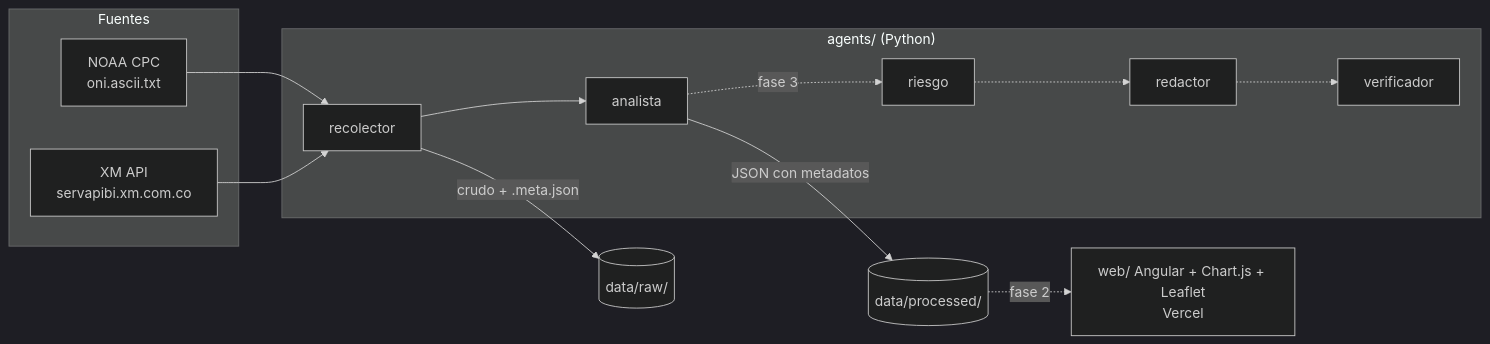
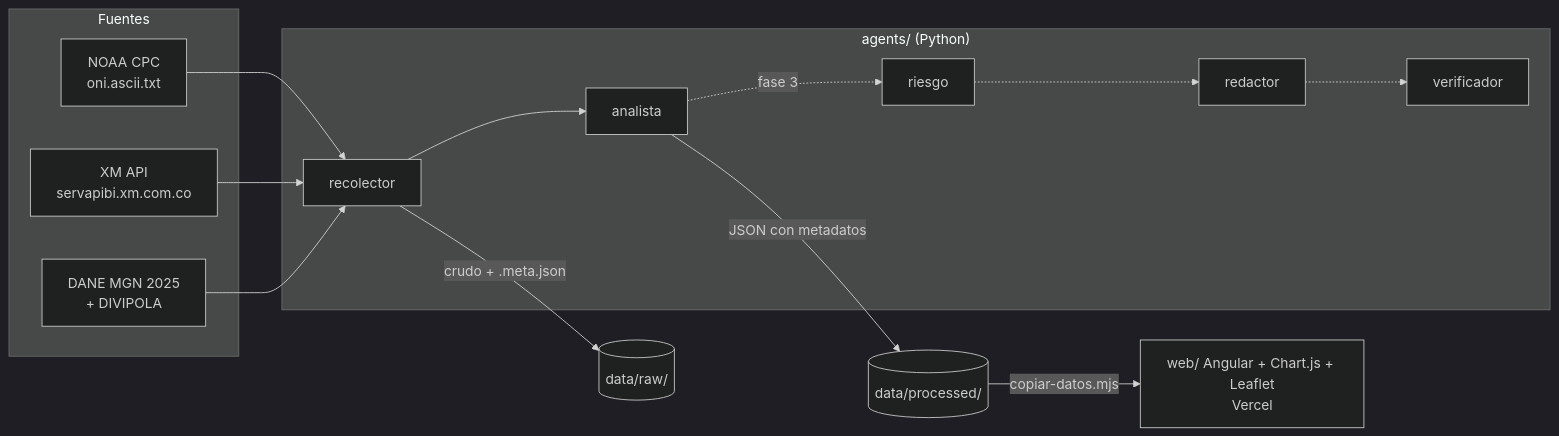
One commit to SantiagoGR16/observatorio-el-nino changed the diagram in README.md. Above: the diagram before and after it, drawn with Mermaid (dark theme). The commit also changed other lines of this file and 1 other file, not shown here.

Commit message:
docs: README de la web y fase 2 en el README principal

````diff
--- a/README.md
+++ b/README.md
@@ -10,16 +10,18 @@
 ```mermaid
 flowchart LR
     subgraph Fuentes
         NOAA[NOAA CPC<br/>oni.ascii.txt]
         XM[XM API<br/>servapibi.xm.com.co]
+        DANE[DANE MGN 2025<br/>+ DIVIPOLA]
     end
     subgraph agents["agents/ (Python)"]
         R[recolector] --> A[analista]
         A -. fase 3 .-> RI[riesgo] -.-> RE[redactor] -.-> V[verificador]
     end
     NOAA --> R
     XM --> R
+    DANE --> R
     R -->|crudo + .meta.json| RAW[(data/raw/)]
     A -->|JSON con metadatos| PROC[(data/processed/)]
-    PROC -. fase 2 .-> WEB[web/ Angular + Chart.js + Leaflet<br/>Vercel]
+    PROC -->|copiar-datos.mjs| WEB[web/ Angular + Chart.js + Leaflet<br/>Vercel]
 ```
````
